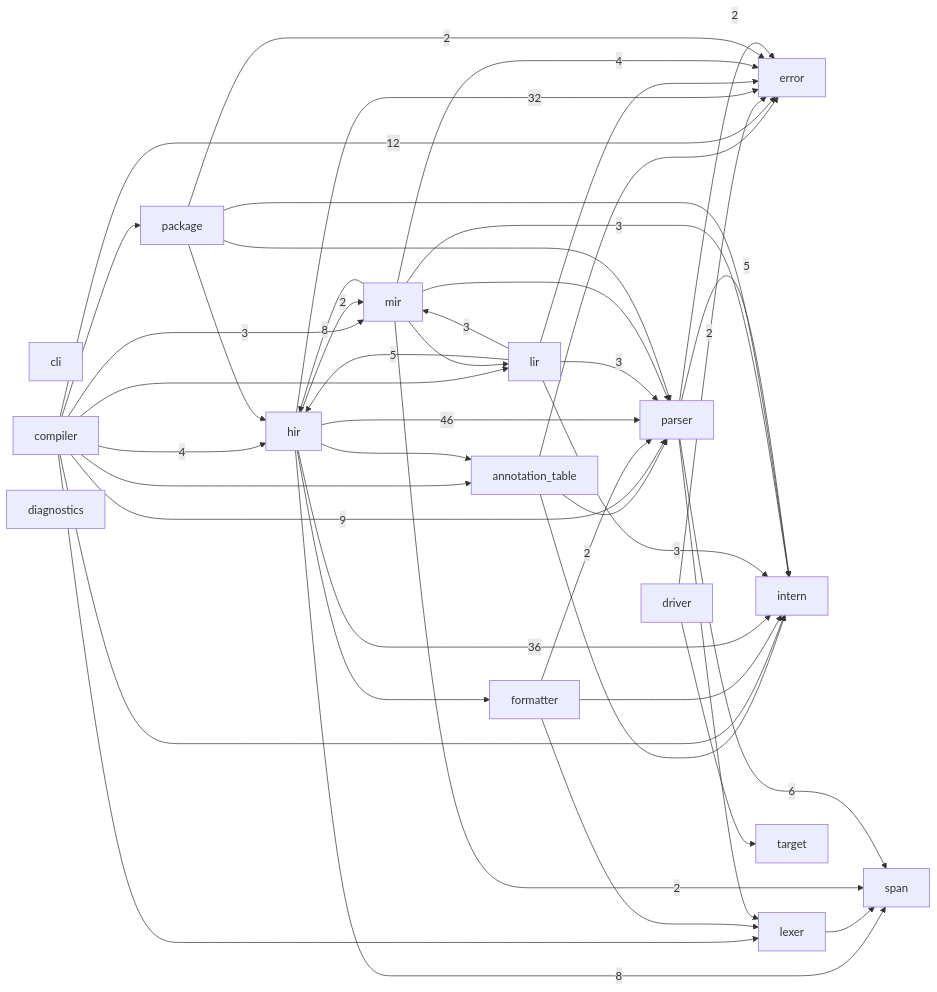
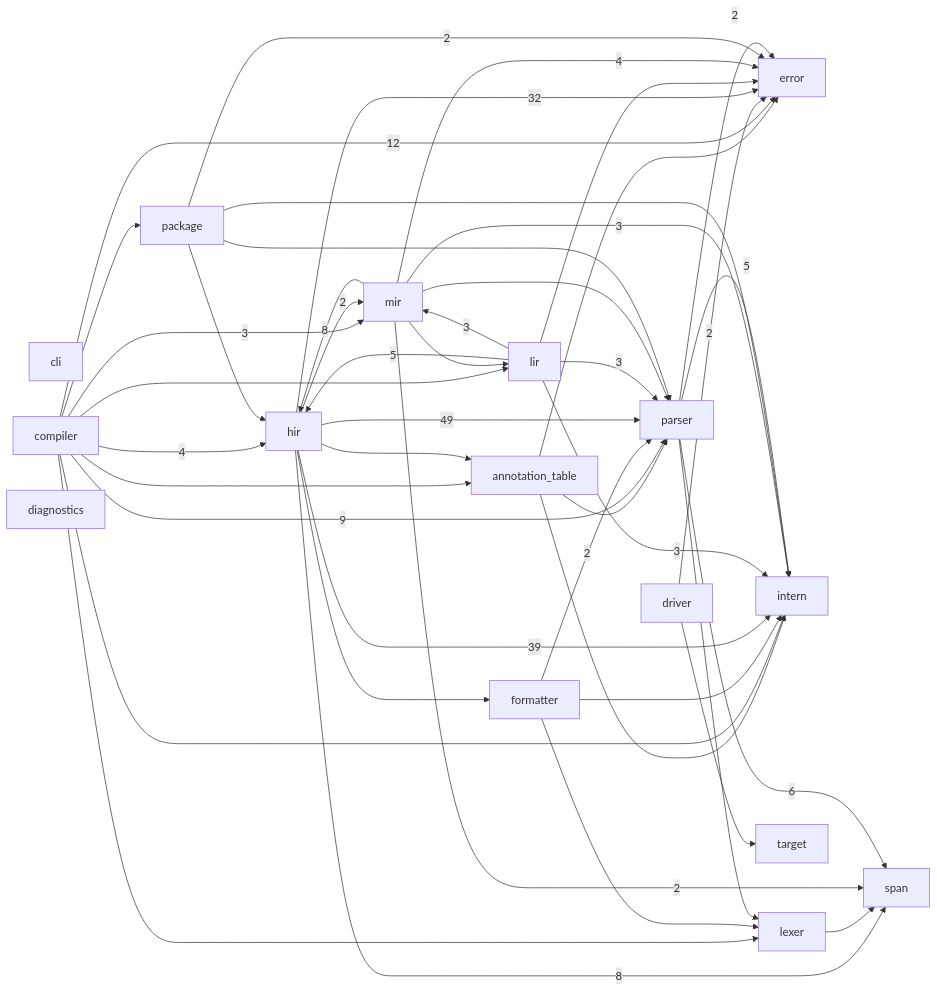
Before and after one commit to ayanami1ei/Ayanami-language: the diagram in docs/module-graph.md, drawn with Mermaid. The commit also changed other lines of this file and 12 other files, not shown here.

````diff
--- a/docs/module-graph.md
+++ b/docs/module-graph.md
@@ -6,63 +6,63 @@
 ```mermaid
 graph LR
     annotation_table
     cli
     compiler
     diagnostics
     driver
     error
     formatter
     hir
     intern
     lexer
     lir
     mir
     package
     parser
     span
     target
     annotation_table --> error
     annotation_table --> intern
     annotation_table --> parser
     compiler --> annotation_table
     compiler -->|12| error
     compiler -->|4| hir
     compiler --> intern
     compiler --> lexer
     compiler --> lir
     compiler -->|3| mir
     compiler --> package
     compiler -->|9| parser
     driver -->|2| error
     driver --> target
     formatter --> intern
     formatter --> lexer
     formatter -->|2| parser
     hir --> annotation_table
     hir -->|32| error
     hir --> formatter
-    hir -->|36| intern
+    hir -->|39| intern
     hir -->|2| mir
-    hir -->|46| parser
+    hir -->|49| parser
     hir -->|8| span
     lexer --> span
     lir --> error
     lir -->|5| hir
     lir -->|3| intern
     lir -->|3| mir
     lir -->|3| parser
     mir -->|4| error
     mir -->|8| hir
     mir -->|3| intern
     mir --> lir
     mir --> parser
     mir -->|2| span
     package -->|2| error
     package --> hir
     package --> intern
     package --> parser
     parser -->|2| error
     parser -->|5| intern
     parser --> lexer
     parser -->|6| span
 ```
````
